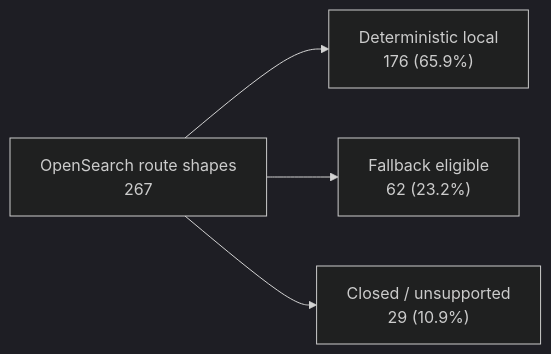
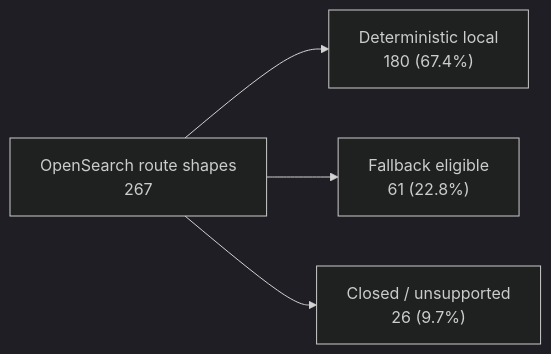
The first of 4 diagrams in docs/api-coverage.md (qzg/opensearch-lite), drawn with Mermaid (dark theme) before and after one commit. The commit also changed other lines of this file and 9 other files, not shown here.

````diff
--- a/docs/api-coverage.md
+++ b/docs/api-coverage.md
@@ -19,10 +19,10 @@
 ```mermaid
 flowchart LR
   all["OpenSearch route shapes\n267"]
-  deterministic["Deterministic local\n176 (65.9%)"]
-  fallback["Fallback eligible\n62 (23.2%)"]
-  closed["Closed / unsupported\n29 (10.9%)"]
+  deterministic["Deterministic local\n180 (67.4%)"]
+  fallback["Fallback eligible\n61 (22.8%)"]
+  closed["Closed / unsupported\n26 (9.7%)"]
   all --> deterministic
   all --> fallback
   all --> closed
 ```
````
